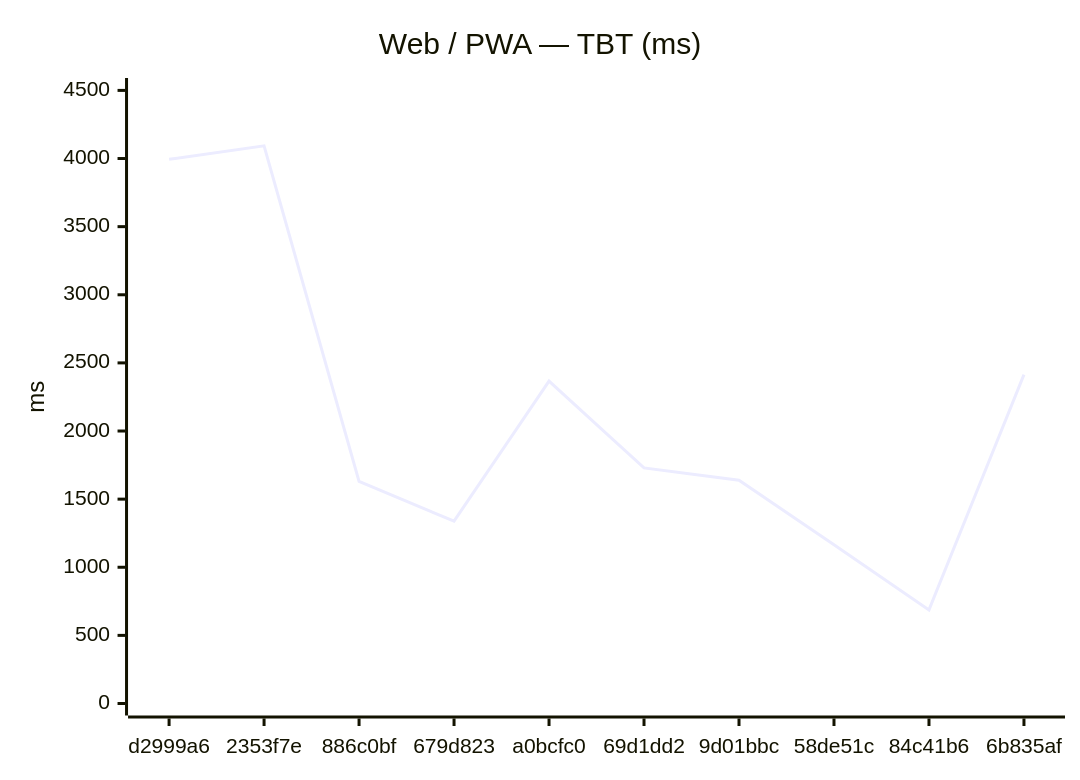
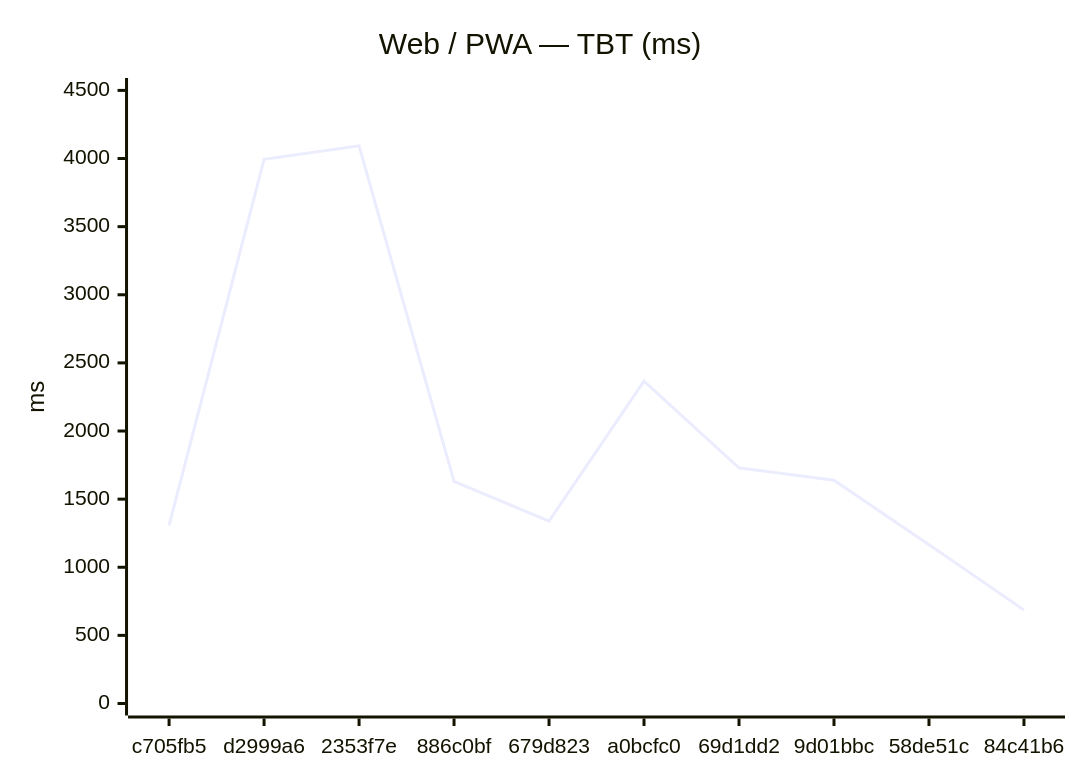
The second of 12 diagrams in benchmarks/compare.md (Metaheurist/Rianell), drawn with Mermaid before and after one commit. The commit also changed other lines of this file and 8 other files, not shown here.

````diff
--- a/benchmarks/compare.md
+++ b/benchmarks/compare.md
@@ -31,7 +31,7 @@
 ```mermaid
 xychart-beta
     title "Web / PWA — TBT (ms)"
-    x-axis ["d2999a6", "2353f7e", "886c0bf", "679d823", "a0bcfc0", "69d1dd2", "9d01bbc", "58de51c", "84c41b6", "6b835af"]
+    x-axis ["c705fb5", "d2999a6", "2353f7e", "886c0bf", "679d823", "a0bcfc0", "69d1dd2", "9d01bbc", "58de51c", "84c41b6"]
     y-axis "ms" 0 --> 4503
-    line [3994, 4093, 1630, 1338, 2366, 1729, 1639, 1166, 687, 2414]
+    line [1307, 3994, 4093, 1630, 1338, 2366, 1729, 1639, 1166, 687]
 ```
````
